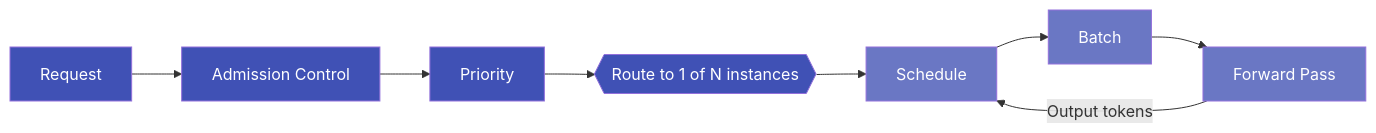
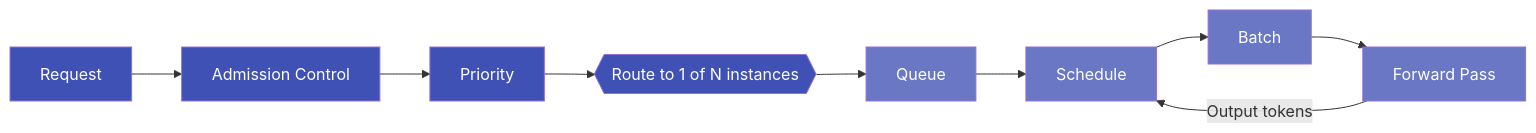
The second of 4 diagrams in docs/blog/posts/why-simulate-before-you-scale.md (inference-sim/inference-sim), drawn with Mermaid before and after one commit.

Commit message:
fix(docs): add instance-level queueing to pipeline diagram

````diff
--- a/docs/blog/posts/why-simulate-before-you-scale.md
+++ b/docs/blog/posts/why-simulate-before-you-scale.md
@@ -50,14 +50,15 @@
 ```mermaid
 flowchart LR
     R["Request"] --> AC["Admission Control"] --> PS["Priority"] --> RT{{"Route to 1 of N instances"}}
-    RT --> S["Schedule"] --> B["Batch"] --> FP["Forward Pass"]
+    RT --> Q["Queue"] --> S["Schedule"] --> B["Batch"] --> FP["Forward Pass"]
     FP -->|"Output tokens"| S
 
     style R fill:#4051b5,color:#fff
     style AC fill:#4051b5,color:#fff
     style PS fill:#4051b5,color:#fff
     style RT fill:#4051b5,color:#fff
+    style Q fill:#6a77c4,color:#fff
     style S fill:#6a77c4,color:#fff
     style B fill:#6a77c4,color:#fff
     style FP fill:#6a77c4,color:#fff
 ```
````
